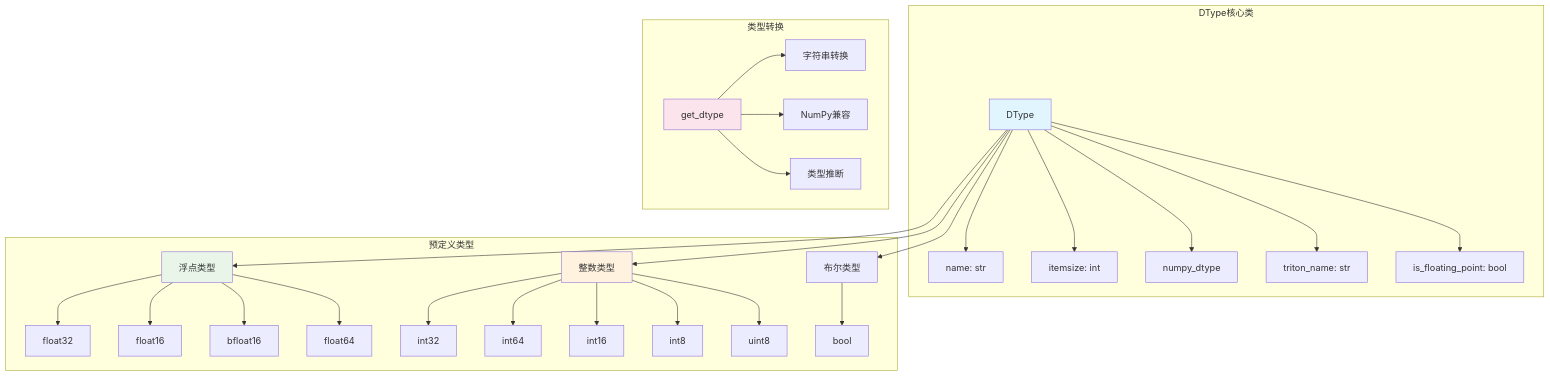
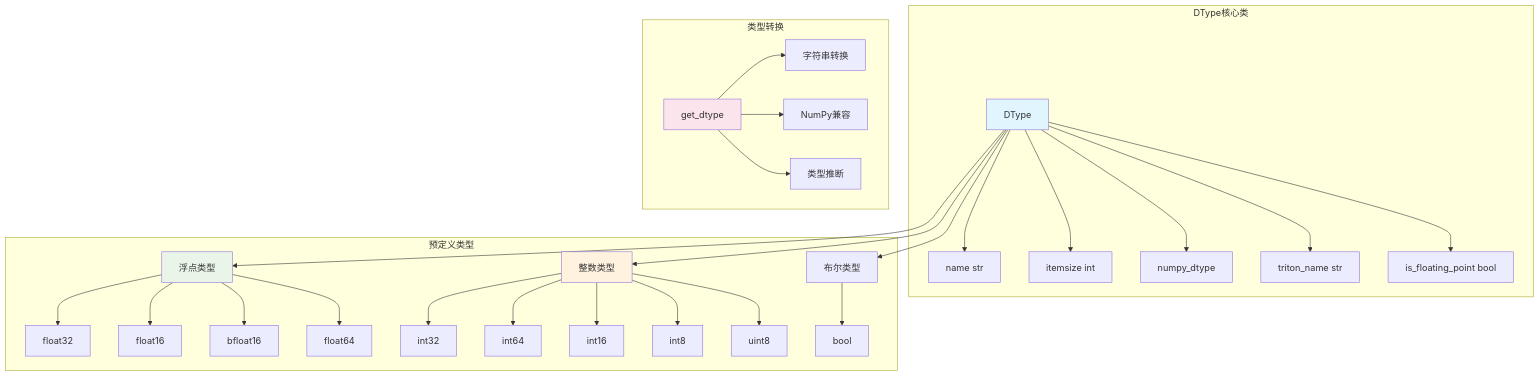
The diagram in docs/core-components/dtypes.md (phonism/genesis), drawn with Mermaid before and after one commit. The commit also changed 34 other files, not shown here.

````diff
--- a/docs/core-components/dtypes.md
+++ b/docs/core-components/dtypes.md
@@ -14,40 +14,40 @@
 ```mermaid
 graph TB
     subgraph "DType核心类"
-        A[DType] --> B[name: str]
-        A --> C[itemsize: int]
+        A[DType] --> B[name str]
+        A --> C[itemsize int]
         A --> D[numpy_dtype]
-        A --> E[triton_name: str]
-        A --> F[is_floating_point: bool]
+        A --> E[triton_name str]
+        A --> F[is_floating_point bool]
     end
     
     subgraph "预定义类型"
         G[浮点类型] --> H[float32]
         G --> I[float16] 
         G --> J[bfloat16]
         G --> K[float64]
         
         L[整数类型] --> M[int32]
         L --> N[int64]
         L --> O[int16]
         L --> P[int8]
         L --> Q[uint8]
         
         R[布尔类型] --> S[bool]
     end
     
     subgraph "类型转换"
         T[get_dtype] --> U[字符串转换]
         T --> V[NumPy兼容]
         T --> W[类型推断]
     end
     
     A --> G
     A --> L  
     A --> R
     
     style A fill:#e1f5fe
     style G fill:#e8f5e8
     style L fill:#fff3e0
     style T fill:#fce4ec
 ```
````
